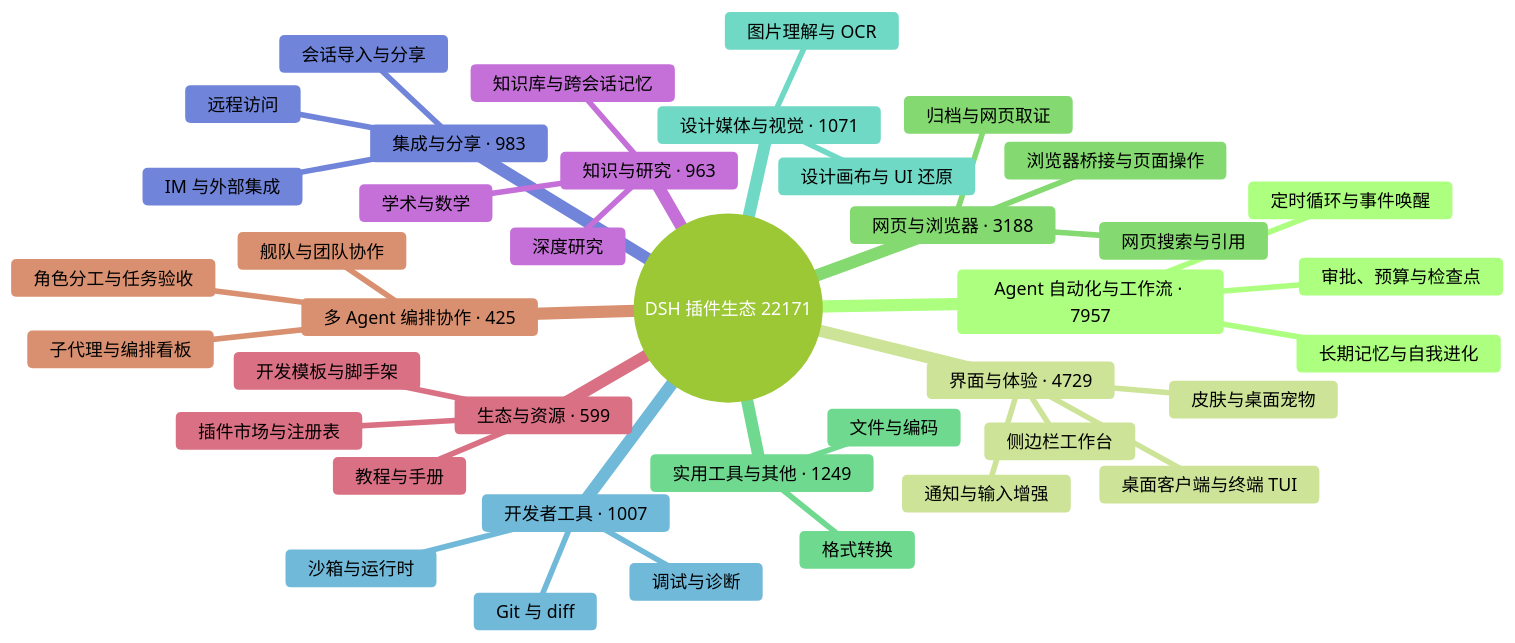
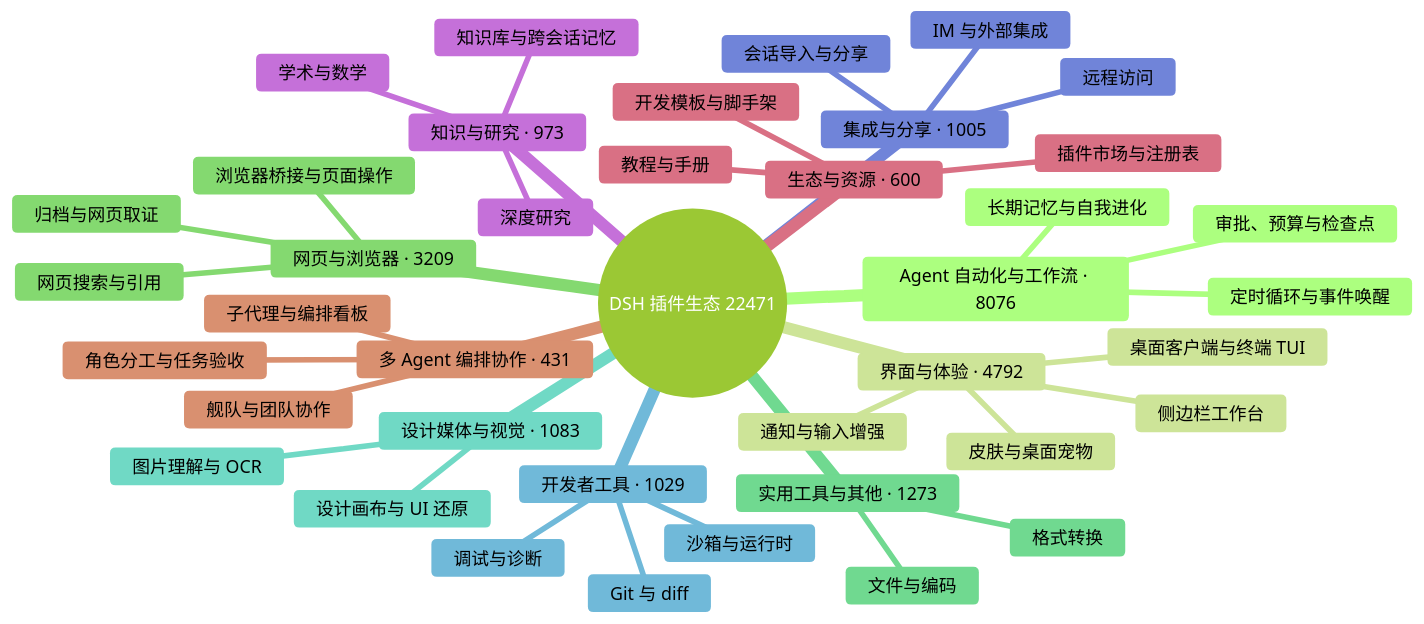
One commit to bruc3van/awesome-dsh-plugin changed the diagram in README.md. Above: the diagram before and after it, drawn with Mermaid (forest theme). The commit also changed other lines of this file and 26 other files, not shown here.

````diff
--- a/README.md
+++ b/README.md
@@ -40,43 +40,43 @@
 ```mermaid
 mindmap
-  root((DSH 插件生态 22171))
-    Agent 自动化与工作流 · 7957
+  root((DSH 插件生态 22471))
+    Agent 自动化与工作流 · 8076
       定时循环与事件唤醒
       长期记忆与自我进化
       审批、预算与检查点
-    界面与体验 · 4729
+    界面与体验 · 4792
       桌面客户端与终端 TUI
       侧边栏工作台
       皮肤与桌面宠物
       通知与输入增强
-    网页与浏览器 · 3188
+    网页与浏览器 · 3209
       浏览器桥接与页面操作
       网页搜索与引用
       归档与网页取证
-    实用工具与其他 · 1249
+    实用工具与其他 · 1273
       文件与编码
       格式转换
-    设计媒体与视觉 · 1071
+    设计媒体与视觉 · 1083
       图片理解与 OCR
       设计画布与 UI 还原
-    开发者工具 · 1007
+    开发者工具 · 1029
       Git 与 diff
       沙箱与运行时
       调试与诊断
-    集成与分享 · 983
+    集成与分享 · 1005
       会话导入与分享
       远程访问
       IM 与外部集成
-    知识与研究 · 963
+    知识与研究 · 973
       知识库与跨会话记忆
       深度研究
       学术与数学
-    生态与资源 · 599
+    生态与资源 · 600
       插件市场与注册表
       开发模板与脚手架
       教程与手册
-    多 Agent 编排协作 · 425
+    多 Agent 编排协作 · 431
       子代理与编排看板
       舰队与团队协作
       角色分工与任务验收
 ```
````
